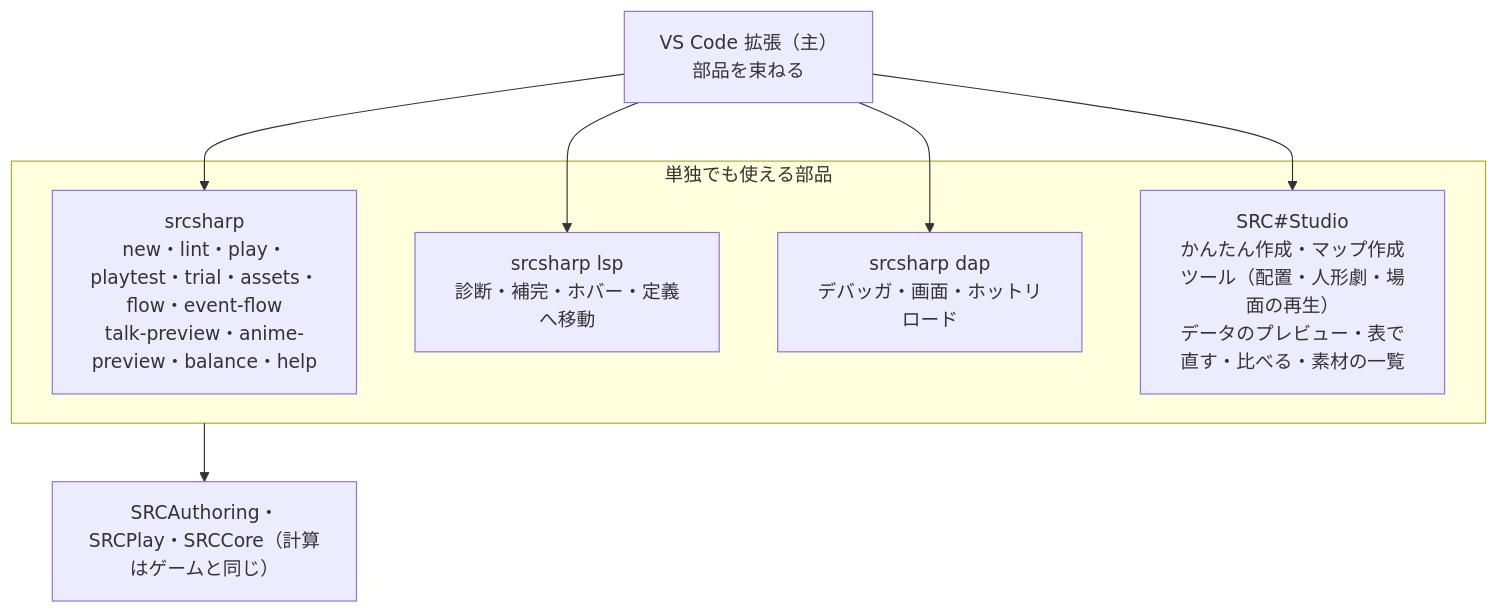
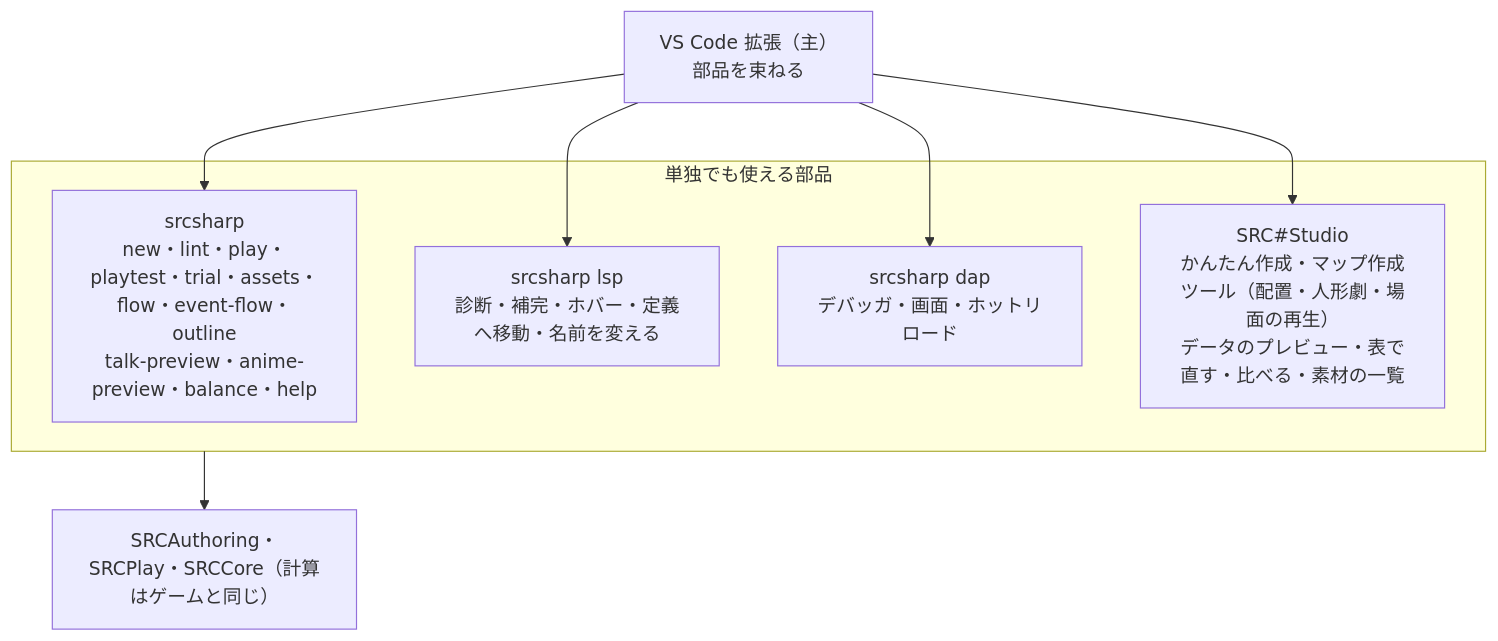
One commit to 7474/SRC changed the second of 2 diagrams in docs/tools/authoring.md. Above: the diagram before and after it, drawn with Mermaid. The commit also changed other lines of this file and 19 other files, not shown here.

````diff
--- a/docs/tools/authoring.md
+++ b/docs/tools/authoring.md
@@ -47,12 +47,12 @@
 ```mermaid
 flowchart TB
   VSCode["VS Code 拡張（主）<br/>部品を束ねる"]
   subgraph Parts["単独でも使える部品"]
-    CLI["srcsharp<br/>new・lint・play・playtest・trial・assets・flow・event-flow<br/>talk-preview・anime-preview・balance・help"]
-    LSP["srcsharp lsp<br/>診断・補完・ホバー・定義へ移動"]
+    CLI["srcsharp<br/>new・lint・play・playtest・trial・assets・flow・event-flow・outline<br/>talk-preview・anime-preview・balance・help"]
+    LSP["srcsharp lsp<br/>診断・補完・ホバー・定義へ移動・名前を変える"]
     DAP["srcsharp dap<br/>デバッガ・画面・ホットリロード"]
     Studio["SRC#Studio<br/>かんたん作成・マップ作成ツール（配置・人形劇・場面の再生）<br/>データのプレビュー・表で直す・比べる・素材の一覧"]
   end
   VSCode --> CLI & LSP & DAP & Studio
   Parts --> Core["SRCAuthoring・SRCPlay・SRCCore（計算はゲームと同じ）"]
 ```
````
